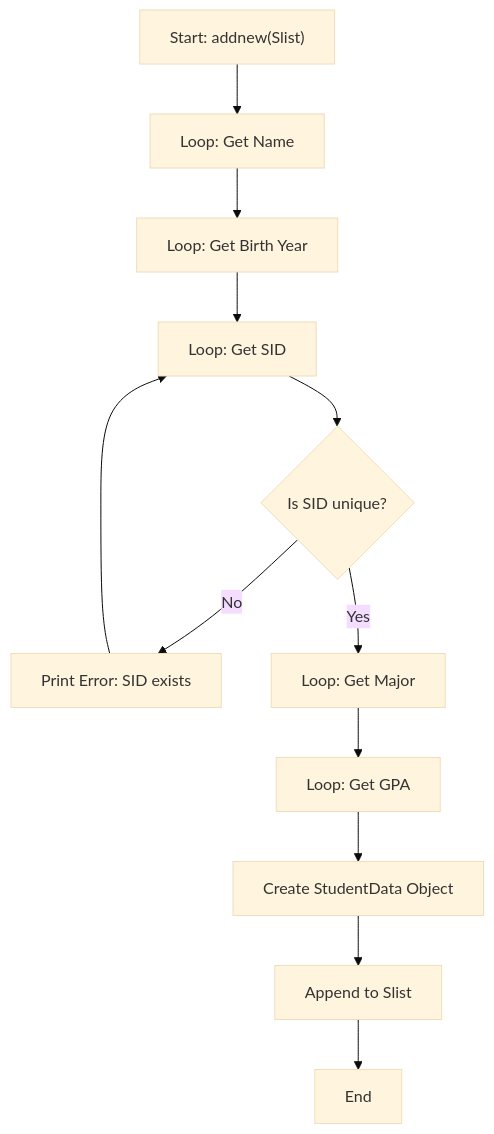
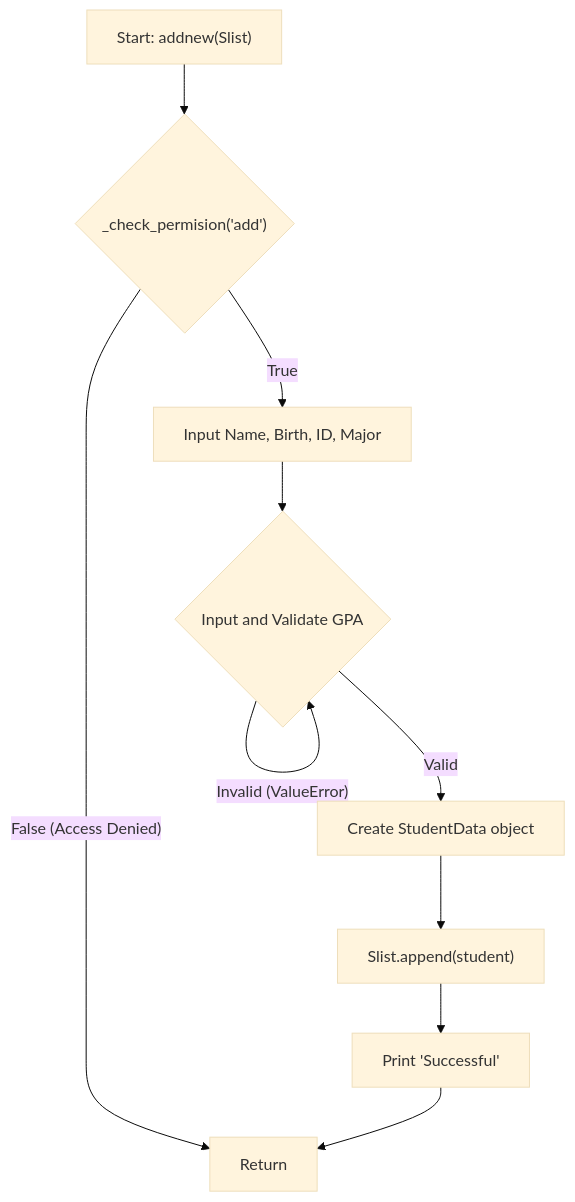
Before and after one commit to luunguyentankhai/FinalPJonschool: the fourth of 16 diagrams in README.md, drawn with Mermaid (base theme). The commit also changed other lines of this file, not shown here.

````diff
--- a/README.md
+++ b/README.md
@@ -148,17 +155,15 @@
 ```mermaid
     graph TD
-    A["Start: addnew(Slist)"] --> B[Loop: Get Name];
-    B --> C[Loop: Get Birth Year];
-    C --> D[Loop: Get SID];
-    D --> E{Is SID unique?};
+    A["Start: addnew(Slist)"] --> B{"_check_permision('add')"};
     
-    E -- "No" --> F[Print Error: SID exists];
-    F --> D;
-
-    E -- "Yes" --> G[Loop: Get Major];
-    G --> H[Loop: Get GPA];
-
-    H --> I[Create StudentData Object];
-    I --> J[Append to Slist];
-    J --> Z[End];
+    B -- "False (Access Denied)" --> Z[Return];
+    
+    B -- "True" --> C["Input Name, Birth, ID, Major"];
+    C --> D{"Input and Validate GPA"};
+    
+    D -- "Invalid (ValueError)" --> D;
+    D -- "Valid" --> E["Create StudentData object"];
+    E --> F["Slist.append(student)"];
+    F --> G["Print 'Successful'"];
+    G --> Z;
 ```
````
